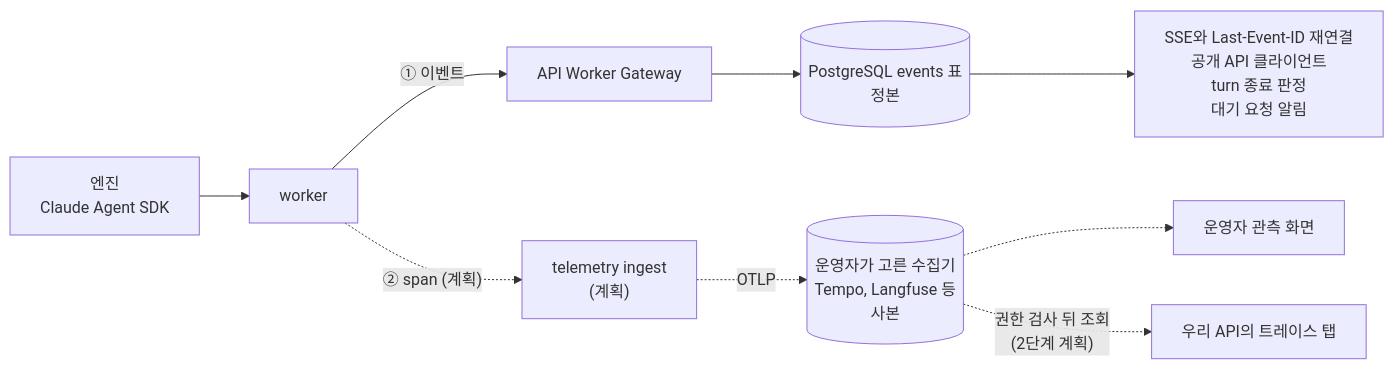
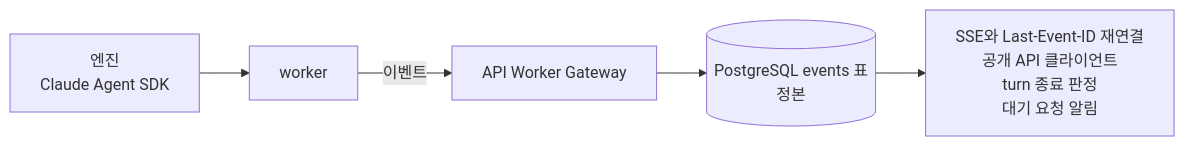
One commit to JeongJaeSoon/agent-platform changed the diagram in docs/operator/observability.md. Above: the diagram before and after it, drawn with Mermaid. The commit also changed other lines of this file and 2 other files, not shown here.

````diff
--- a/docs/operator/observability.md
+++ b/docs/operator/observability.md
@@ -9,11 +9,7 @@
 ```mermaid
 flowchart LR
   engine["엔진<br/>Claude Agent SDK"] --> worker["worker"]
-  worker -->|"① 이벤트"| gateway["API Worker Gateway"]
+  worker -->|"이벤트"| gateway["API Worker Gateway"]
   gateway --> events[("PostgreSQL events 표<br/>정본")]
   events --> uses["SSE와 Last-Event-ID 재연결<br/>공개 API 클라이언트<br/>turn 종료 판정<br/>대기 요청 알림"]
-  worker -.->|"② span (계획)"| ingest["telemetry ingest<br/>(계획)"]
-  ingest -.->|"OTLP"| collector[("운영자가 고른 수집기<br/>Tempo, Langfuse 등<br/>사본")]
-  collector -.-> operator["운영자 관측 화면"]
-  collector -.->|"권한 검사 뒤 조회<br/>(2단계 계획)"| tab["우리 API의 트레이스 탭"]
 ```
````
